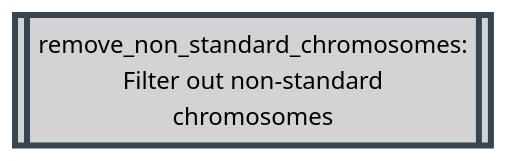
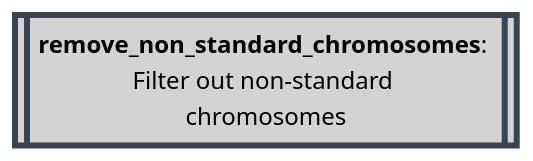
The eighth of 30 diagrams in docs/02-workflow/02-methodology.md (Tuks-ICMM/Pharmacogenetic-Analysis-Pipeline), drawn with Mermaid before and after one commit. The commit also changed other lines of this file, not shown here.

````diff
--- a/docs/02-workflow/02-methodology.md
+++ b/docs/02-workflow/02-methodology.md
@@ -658,9 +413,7 @@
   ```mermaid
   flowchart TD
+    remove_non_standard_chromosomes[[<b>remove_non_standard_chromosomes</b>: <br>Filter out non-standard <br>chromosomes]]
+
     classDef plink stroke:#36454F,fill:#D3D3D3,stroke-width:4px,color:black;
-
-    remove_non_standard_chromosomes[[remove_non_standard_chromosomes:
-Filter out non-standard
-chromosomes]]
     class remove_non_standard_chromosomes plink;
   ```
````
